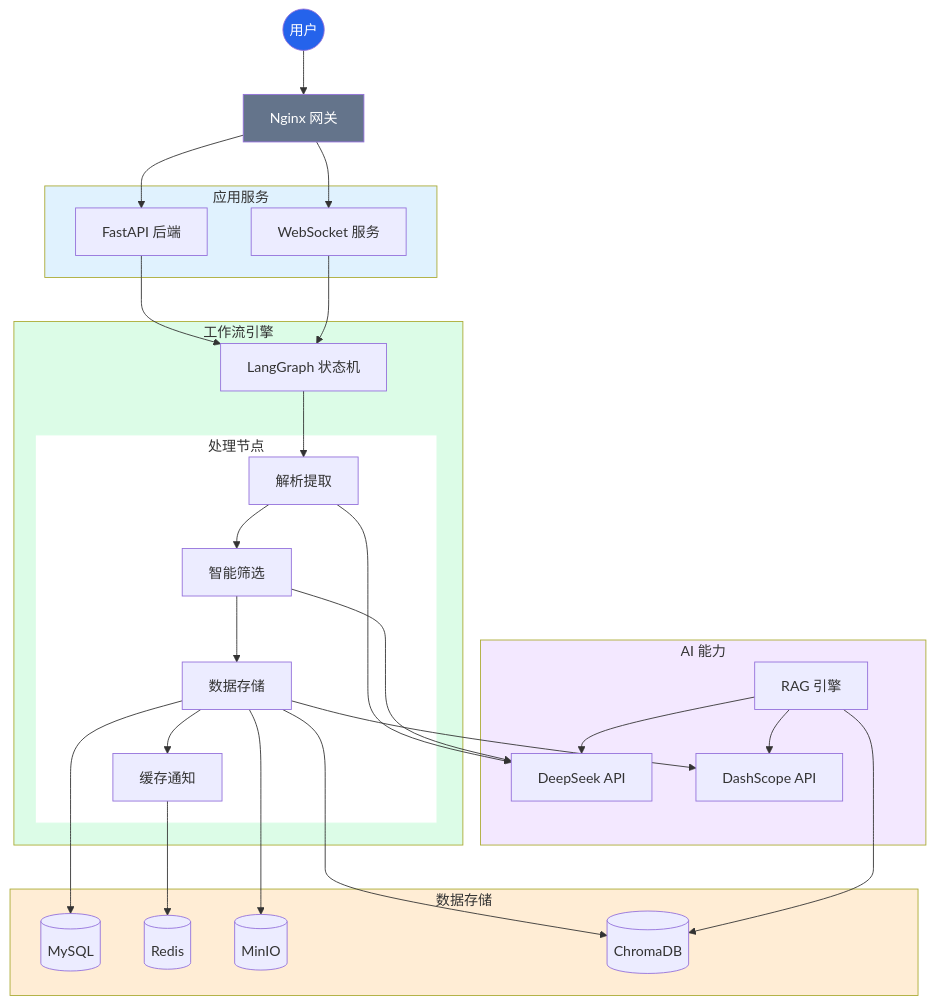
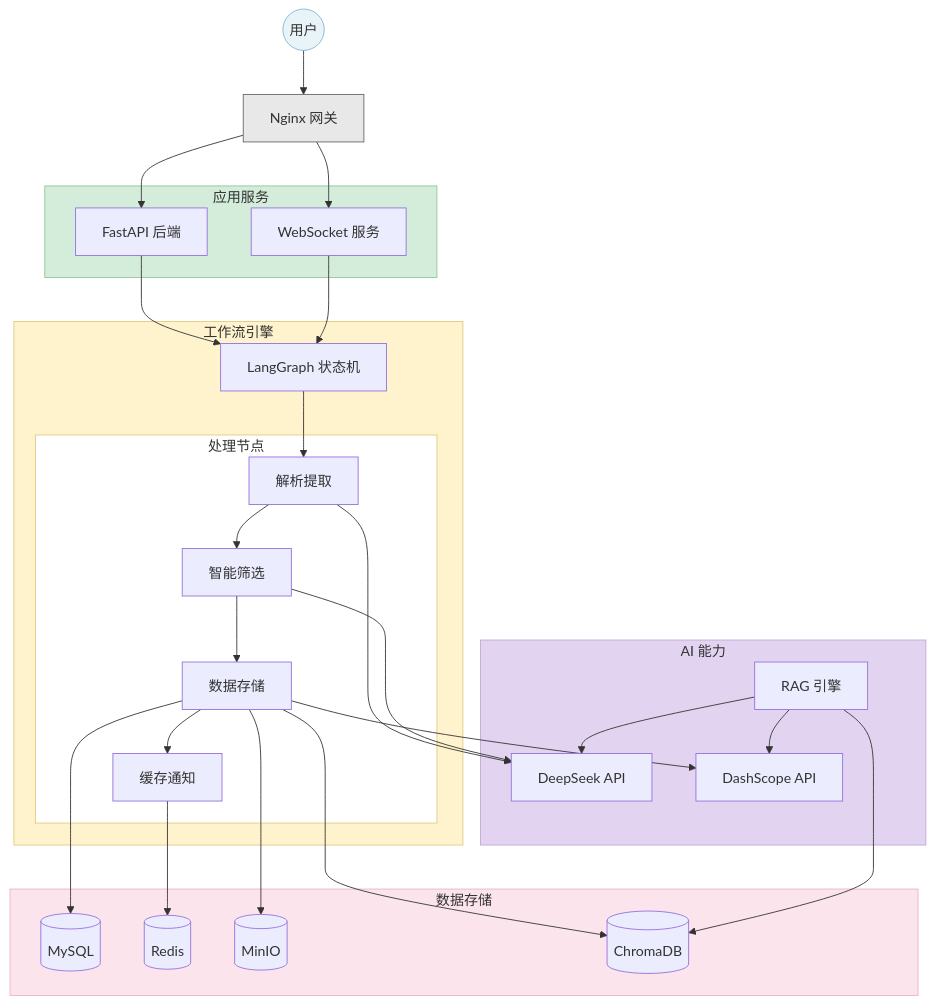
One commit to xt765/ResumeScreening changed the second of 14 diagrams in docs/architecture.md. Above: the diagram before and after it, drawn with Mermaid. The commit also changed other lines of this file and 4 other files, not shown here.

````diff
--- a/docs/architecture.md
+++ b/docs/architecture.md
@@ -63,61 +63,61 @@
 ```mermaid
 graph TD
     User((用户)) --> Nginx[Nginx 网关]
     
     subgraph App_Layer [应用服务]
         API[FastAPI 后端]
         WS[WebSocket 服务]
     end
     
     subgraph Workflow_Layer [工作流引擎]
         LangGraph[LangGraph 状态机]
         
         subgraph Nodes [处理节点]
             N1[解析提取]
             N2[智能筛选]
             N3[数据存储]
             N4[缓存通知]
         end
     end
     
     subgraph AI_Layer [AI 能力]
         LLM[DeepSeek API]
         Embedding[DashScope API]
         RAG[RAG 引擎]
     end
     
     subgraph Data_Layer [数据存储]
         MySQL[(MySQL)]
         Redis[(Redis)]
         MinIO[(MinIO)]
         Chroma[(ChromaDB)]
     end
     
     Nginx --> API
     Nginx --> WS
     
     API --> LangGraph
     WS --> LangGraph
     
     LangGraph --> N1 --> N2 --> N3 --> N4
     
     N1 --> LLM
     N2 --> LLM
     N3 --> MySQL
     N3 --> MinIO
     N3 --> Chroma
     N3 --> Embedding
     N4 --> Redis
     
     RAG --> LLM
     RAG --> Chroma
     RAG --> Embedding
     
-    style User fill:#2563eb,color:#fff
-    style Nginx fill:#64748b,color:#fff
-    style App_Layer fill:#e0f2fe
-    style Workflow_Layer fill:#dcfce7
-    style AI_Layer fill:#f3e8ff
-    style Data_Layer fill:#ffedd5
-    style Nodes fill:#fff,stroke:#dcfce7
+    style User fill:#e8f4f8,stroke:#7fb3d5,stroke-width:1px
+    style Nginx fill:#e8e8e8,stroke:#666,stroke-width:1px
+    style App_Layer fill:#d4edda,stroke:#90c695,stroke-width:1px
+    style Workflow_Layer fill:#fff3cd,stroke:#e0c97f,stroke-width:1px
+    style AI_Layer fill:#e2d4f0,stroke:#c5a5d5,stroke-width:1px
+    style Data_Layer fill:#fce4ec,stroke:#e8b4c8,stroke-width:1px
+    style Nodes fill:#fff,stroke:#e0c97f
 ```
````
